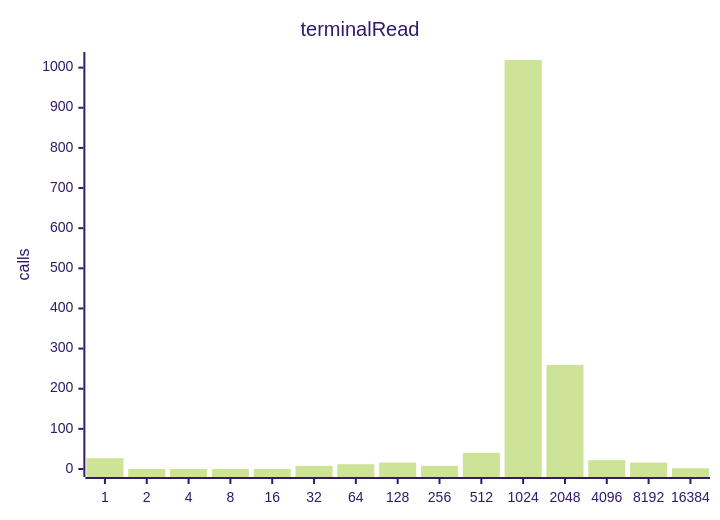
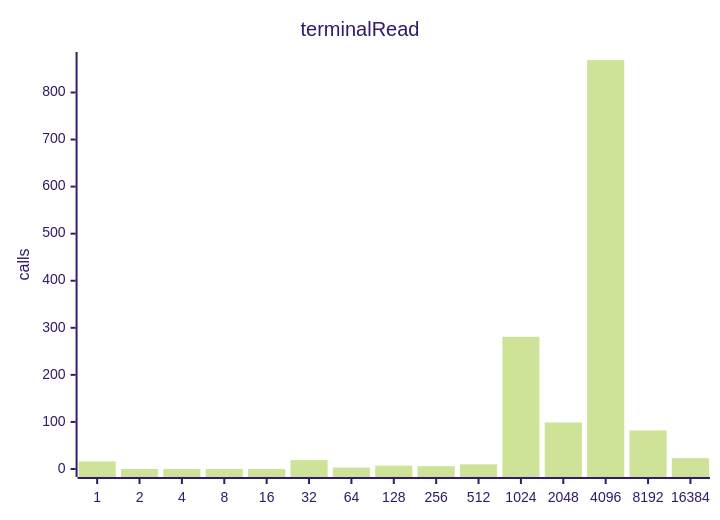
Before and after one commit to jrengmusic/eve: the fifth of 9 diagrams in benchmark/replay-report.md, drawn with Mermaid (forest theme). The commit also changed other lines of this file and 37 other files, not shown here.

````diff
--- a/benchmark/replay-report.md
+++ b/benchmark/replay-report.md
@@ -1295,7 +1295,7 @@
 ```mermaid
 xychart-beta
 title "terminalRead"
 x-axis ["1", "2", "4", "8", "16", "32", "64", "128", "256", "512", "1024", "2048", "4096", "8192", "16384"]
 y-axis "calls"
-bar [27.00000000000000000, 0.00000000000000000, 0.00000000000000000, 0.00000000000000000, 0.00000000000000000, 8.00000000000000000, 12.00000000000000000, 16.00000000000000000, 8.00000000000000000, 40.00000000000000000, 1019.00000000000000000, 259.00000000000000000, 22.00000000000000000, 16.00000000000000000, 2.00000000000000000]
+bar [16.00000000000000000, 0.00000000000000000, 0.00000000000000000, 0.00000000000000000, 0.00000000000000000, 19.00000000000000000, 3.00000000000000000, 7.00000000000000000, 6.00000000000000000, 10.00000000000000000, 281.00000000000000000, 99.00000000000000000, 869.00000000000000000, 82.00000000000000000, 23.00000000000000000]
 ```
````
